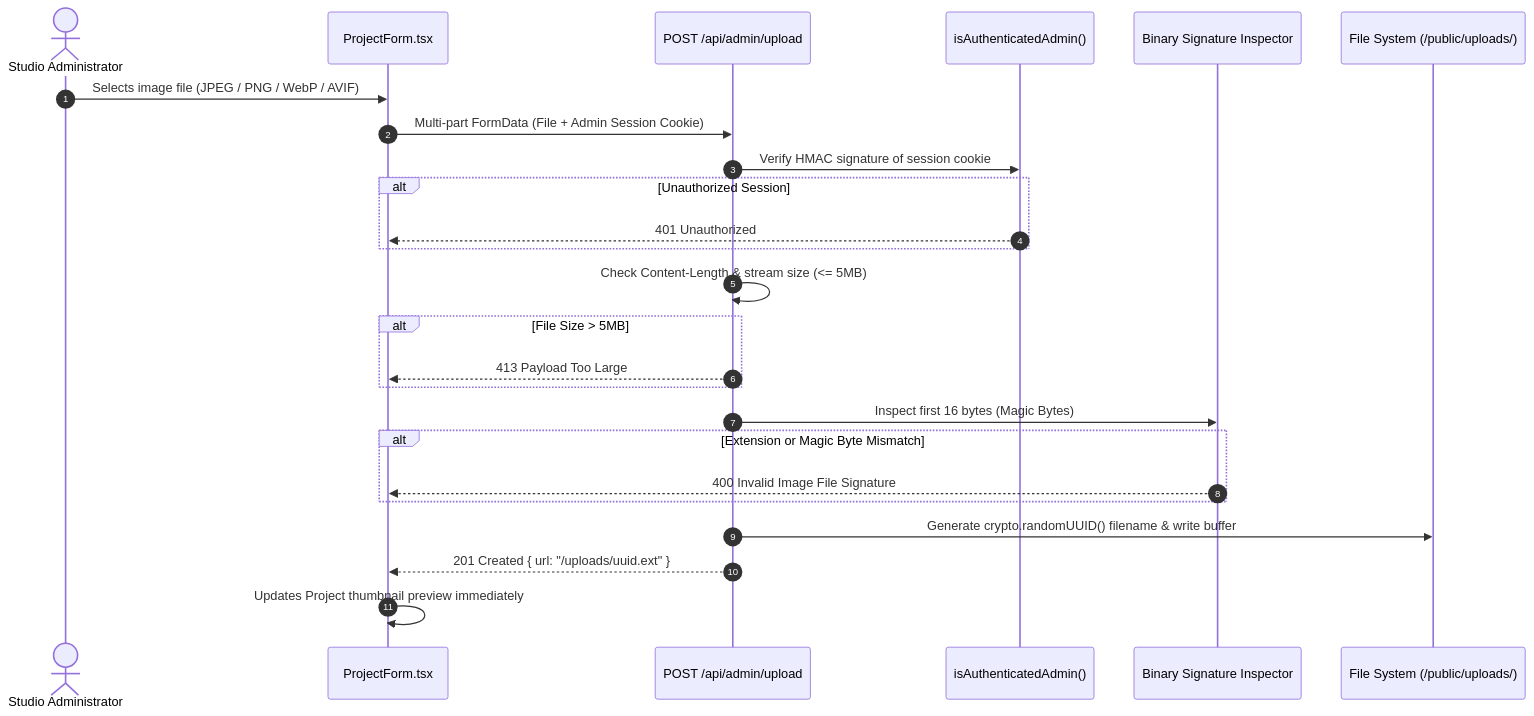
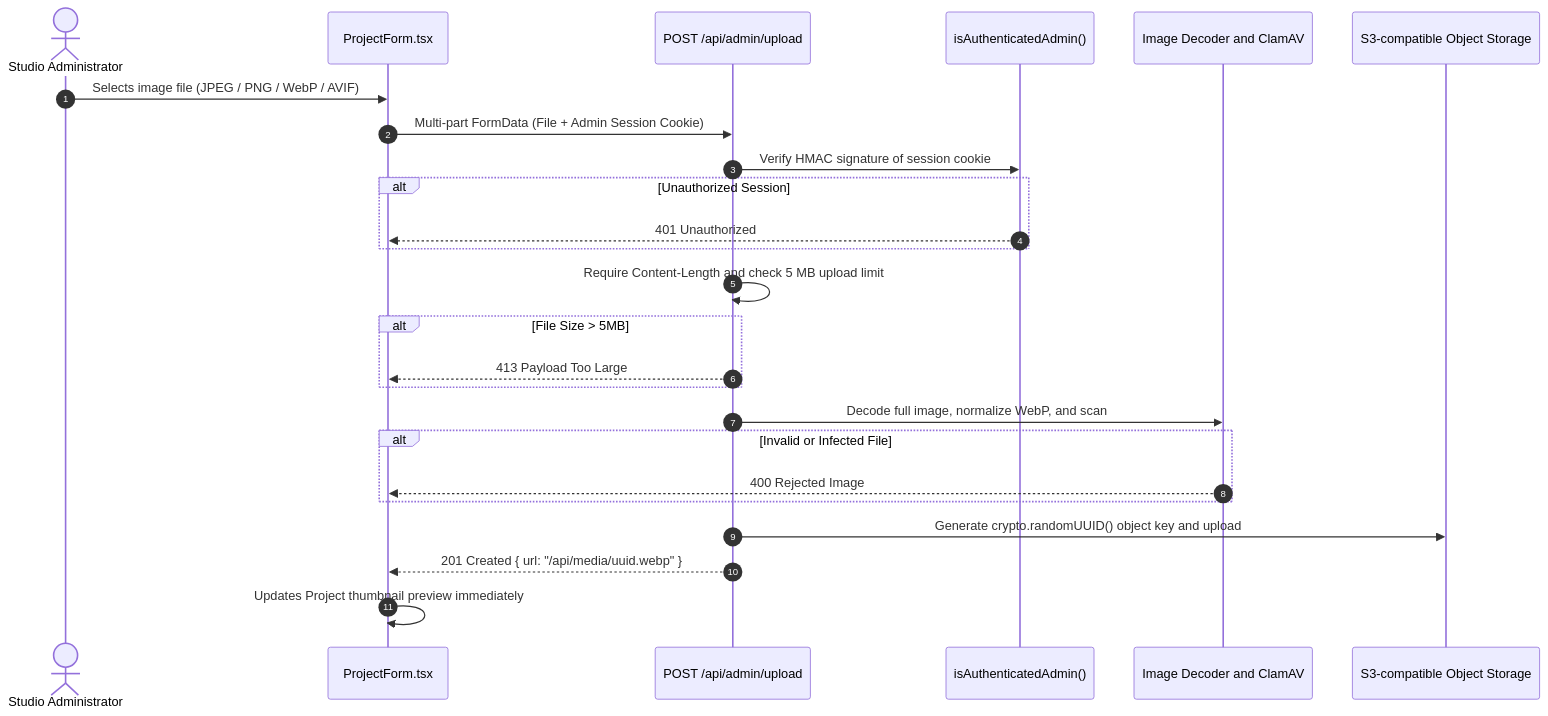
Before and after one commit to MasRizqi07/dibimbing-fwd: the third of 4 diagrams in CODEBASE_OVERVIEW.md, drawn with Mermaid. The commit also changed other lines of this file and 68 other files, not shown here.

````diff
--- a/CODEBASE_OVERVIEW.md
+++ b/CODEBASE_OVERVIEW.md
@@ -130,28 +130,28 @@
 ```mermaid
 sequenceDiagram
     autonumber
     actor Admin as Studio Administrator
     participant UI as ProjectForm.tsx
     participant API as POST /api/admin/upload
     participant Auth as isAuthenticatedAdmin()
-    participant Inspector as Binary Signature Inspector
-    participant FS as File System (/public/uploads/)
+    participant Inspector as Image Decoder and ClamAV
+    participant FS as S3-compatible Object Storage
 
     Admin->>UI: Selects image file (JPEG / PNG / WebP / AVIF)
     UI->>API: Multi-part FormData (File + Admin Session Cookie)
     API->>Auth: Verify HMAC signature of session cookie
     alt Unauthorized Session
         Auth-->>UI: 401 Unauthorized
     end
-    API->>API: Check Content-Length & stream size (<= 5MB)
+    API->>API: Require Content-Length and check 5 MB upload limit
     alt File Size > 5MB
         API-->>UI: 413 Payload Too Large
     end
-    API->>Inspector: Inspect first 16 bytes (Magic Bytes)
-    alt Extension or Magic Byte Mismatch
-        Inspector-->>UI: 400 Invalid Image File Signature
+    API->>Inspector: Decode full image, normalize WebP, and scan
+    alt Invalid or Infected File
+        Inspector-->>UI: 400 Rejected Image
     end
-    API->>FS: Generate crypto.randomUUID() filename & write buffer
-    API-->>UI: 201 Created { url: "/uploads/uuid.ext" }
+    API->>FS: Generate crypto.randomUUID() object key and upload
+    API-->>UI: 201 Created { url: "/api/media/uuid.webp" }
     UI->>UI: Updates Project thumbnail preview immediately
 ```
````
